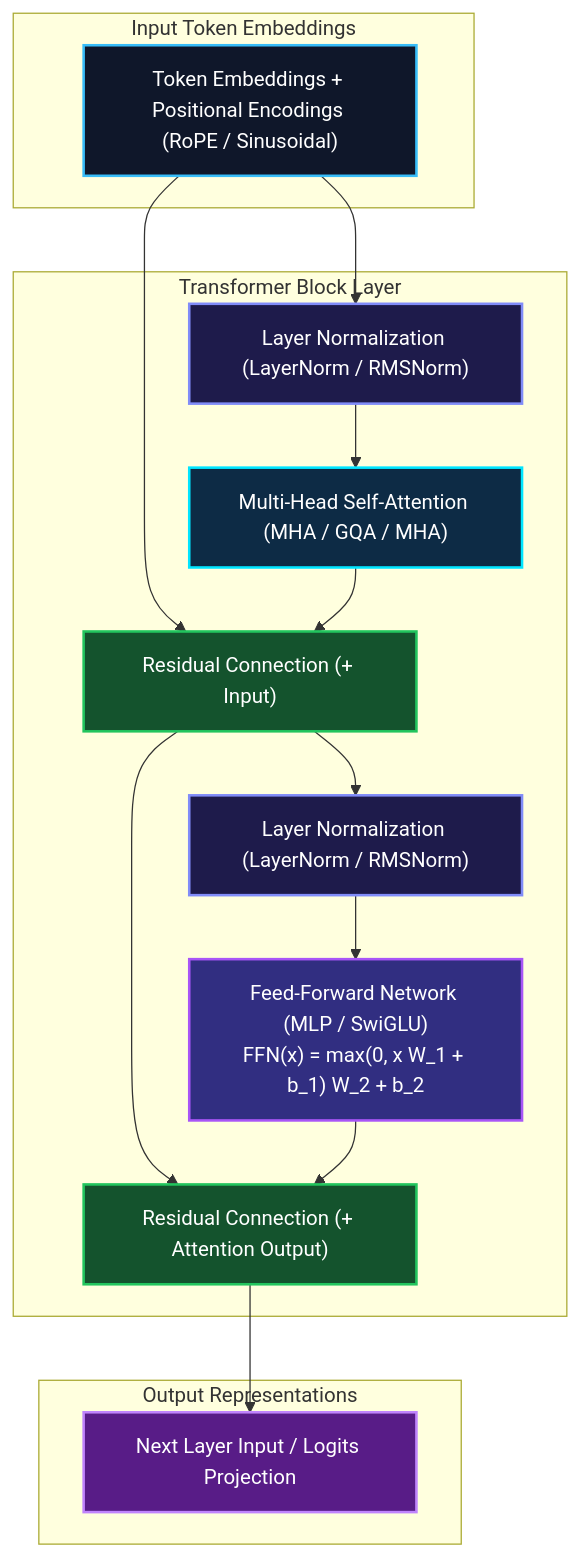
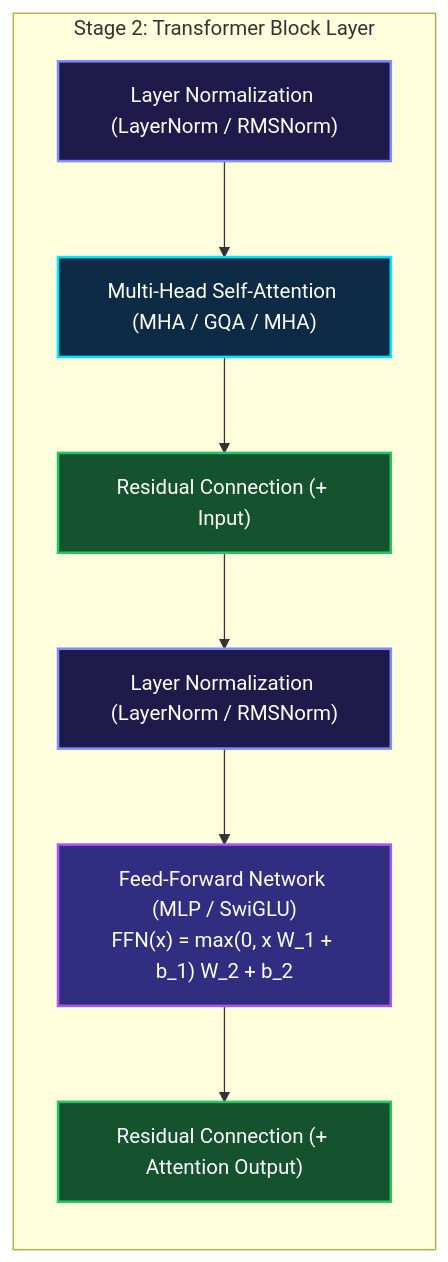
The sixth of 7 diagrams in contents/blog/0073-transformer-revolution-self-attention-parallelization/index.md (narenandu/narenvadapalli_dot_com), drawn with Mermaid before and after one commit. The commit also changed other lines of this file and 22 other files, not shown here.

Commit message:
fix(blog): resolve side-by-side Mermaid diagrams, KaTeX math formatting, and alert tags across all blogs

````diff
--- a/contents/blog/0073-transformer-revolution-self-attention-parallelization/index.md
+++ b/contents/blog/0073-transformer-revolution-self-attention-parallelization/index.md
@@ -136,45 +144,22 @@
 ```mermaid
 flowchart TD
-    direction TB
-
-    subgraph InputStage ["Input Token Embeddings"]
-        TOKEN_EMB["Token Embeddings + Positional Encodings (RoPE / Sinusoidal)"]
-    end
-
-    subgraph TransformerBlock ["Transformer Block Layer"]
+    subgraph TransformerBlock ["Stage 2: Transformer Block Layer"]
+        direction TD
         LN1["Layer Normalization (LayerNorm / RMSNorm)"]
         MHSA["Multi-Head Self-Attention (MHA / GQA / MHA)"]
         RES1["Residual Connection (+ Input)"]
         
         LN2["Layer Normalization (LayerNorm / RMSNorm)"]
         FFN["Feed-Forward Network (MLP / SwiGLU)<br/>FFN(x) = max(0, x W_1 + b_1) W_2 + b_2"]
         RES2["Residual Connection (+ Attention Output)"]
+
+        LN1 --> MHSA --> RES1 --> LN2 --> FFN --> RES2
     end
 
-    subgraph OutputStage ["Output Representations"]
-        BLOCK_OUT["Next Layer Input / Logits Projection"]
-    end
-
-    TOKEN_EMB --> LN1
-    TOKEN_EMB --> RES1
-    
-    LN1 --> MHSA
-    MHSA --> RES1
-    
-    RES1 --> LN2
-    RES1 --> RES2
-    
-    LN2 --> FFN
-    FFN --> RES2
-    
-    RES2 --> BLOCK_OUT
-
-    style TOKEN_EMB fill:#0f172a,stroke:#38bdf8,stroke-width:2px,color:#ffffff
     style LN1 fill:#1e1b4b,stroke:#818cf8,stroke-width:2px,color:#ffffff
     style MHSA fill:#0d2b45,stroke:#00e5ff,stroke-width:2px,color:#ffffff
     style RES1 fill:#14532d,stroke:#22c55e,stroke-width:2px,color:#ffffff
     style LN2 fill:#1e1b4b,stroke:#818cf8,stroke-width:2px,color:#ffffff
     style FFN fill:#312e81,stroke:#a855f7,stroke-width:2px,color:#ffffff
     style RES2 fill:#14532d,stroke:#22c55e,stroke-width:2px,color:#ffffff
-    style BLOCK_OUT fill:#581c87,stroke:#c084fc,stroke-width:2px,color:#ffffff
 ```
````
